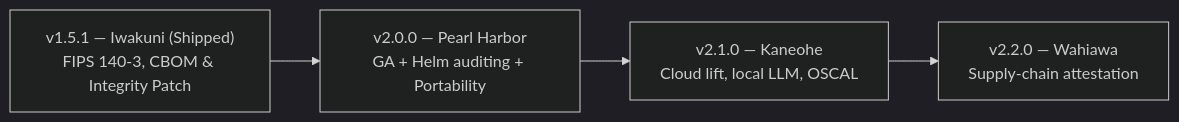
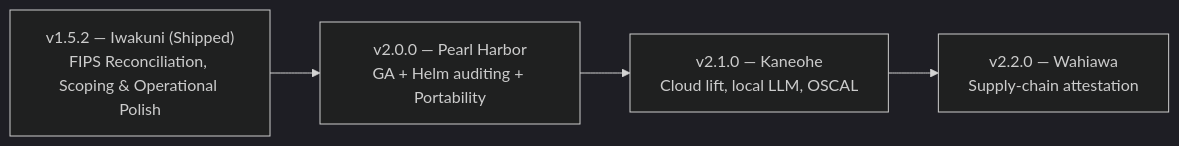
The diagram in hygiene/ROADMAP.md (eodartintlabs-hue/grc-xmini-public), drawn with Mermaid (dark theme) before and after one commit. The commit also changed other lines of this file and 24 other files, not shown here.

````diff
--- a/hygiene/ROADMAP.md
+++ b/hygiene/ROADMAP.md
@@ -30,6 +30,6 @@
 ```mermaid
 flowchart LR
-    I["v1.5.1 — Iwakuni (Shipped)<br/>FIPS 140-3, CBOM & Integrity Patch"] --> B["v2.0.0 — Pearl Harbor<br/>GA + Helm auditing + Portability"]
+    I["v1.5.2 — Iwakuni (Shipped)<br/>FIPS Reconciliation, Scoping & Operational Polish"] --> B["v2.0.0 — Pearl Harbor<br/>GA + Helm auditing + Portability"]
     B --> C["v2.1.0 — Kaneohe<br/>Cloud lift, local LLM, OSCAL"]
     C --> D["v2.2.0 — Wahiawa<br/>Supply-chain attestation"]
 ```
````
